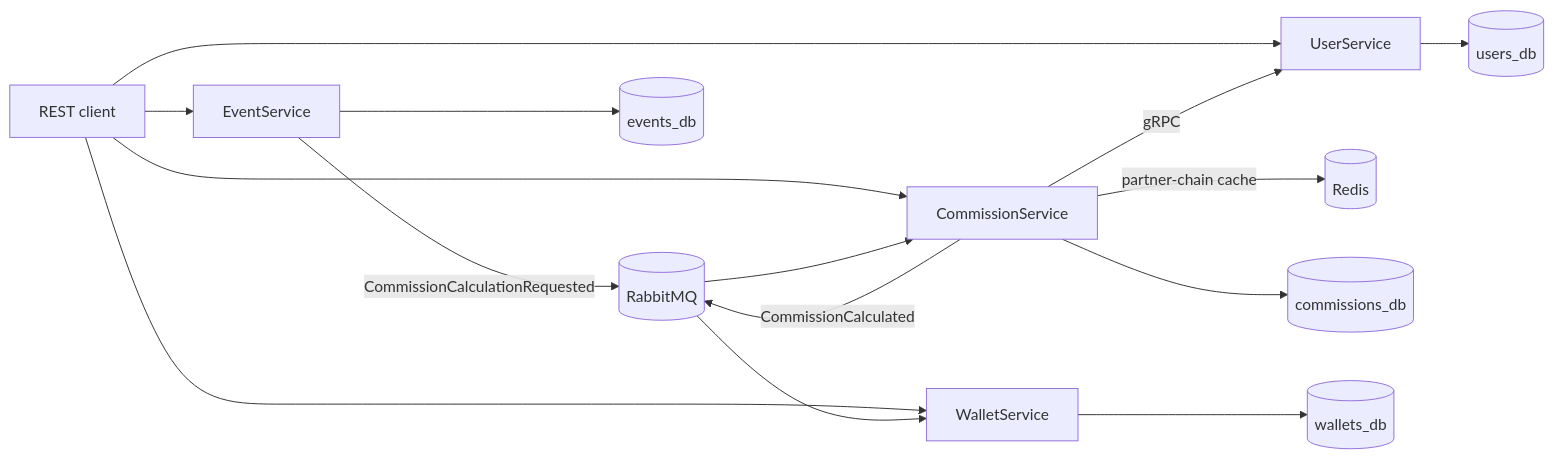
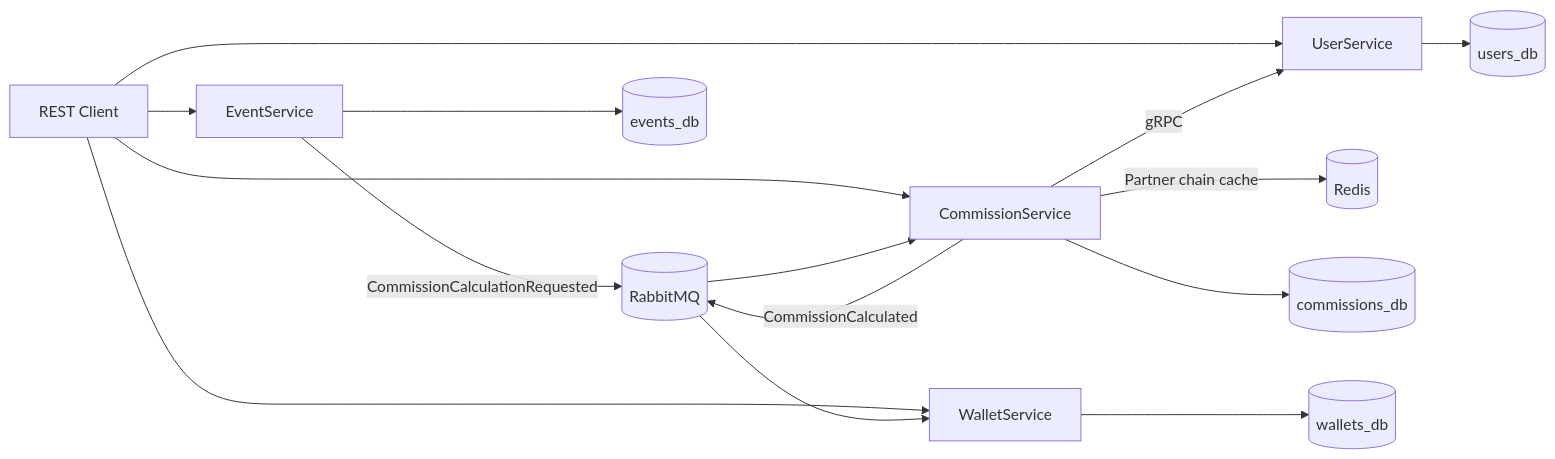
One commit to alexKuzovkov/PartnerSystem changed the first of 2 diagrams in README.md. Above: the diagram before and after it, drawn with Mermaid. The commit also changed other lines of this file, not shown here.

````diff
--- a/README.md
+++ b/README.md
@@ -26,20 +30,20 @@
 ```mermaid
 flowchart LR
-    Client[REST client] --> US[UserService]
+    Client[REST Client] --> US[UserService]
     Client --> ES[EventService]
     Client --> CS[CommissionService]
     Client --> WS[WalletService]
 
     ES -->|CommissionCalculationRequested| RMQ[(RabbitMQ)]
     RMQ --> CS
 
     CS -->|gRPC| US
-    CS -->|partner-chain cache| Redis[(Redis)]
+    CS -->|Partner chain cache| Redis[(Redis)]
     CS -->|CommissionCalculated| RMQ
     RMQ --> WS
 
     US --> UDB[(users_db)]
     ES --> EDB[(events_db)]
     CS --> CDB[(commissions_db)]
     WS --> WDB[(wallets_db)]
 ```
````
